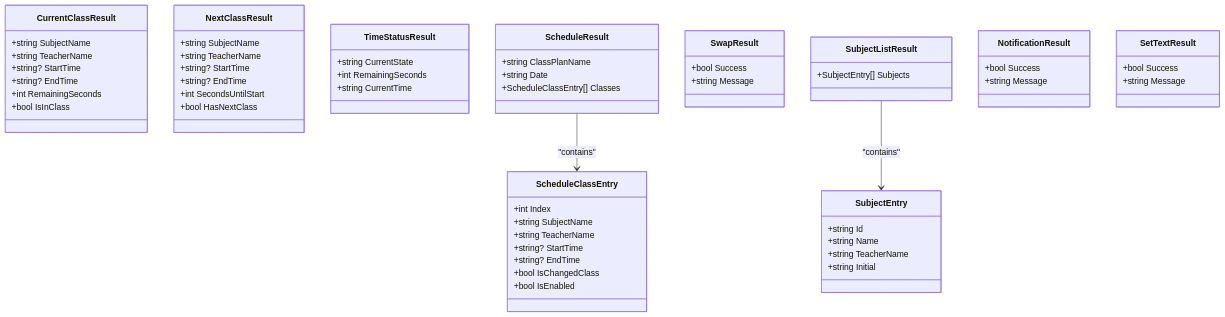
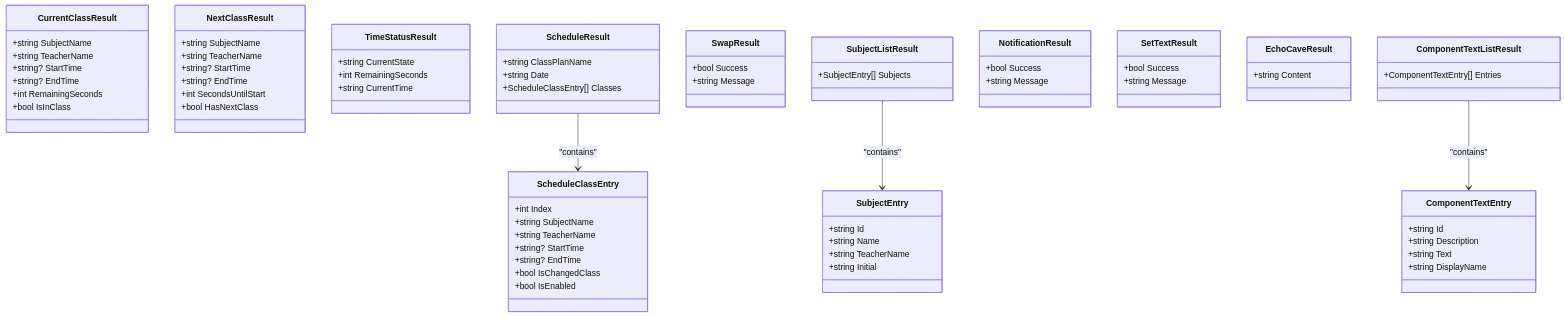
The third of 4 diagrams in .qoder/repowiki/en/content/API Reference/MCP Tools API/MCP Tools API.md (ShihaoShenDev/AgentIsland), drawn with Mermaid before and after one commit. The commit also changed other lines of this file and 116 other files, not shown here.

````diff
--- a/.qoder/repowiki/en/content/API Reference/MCP Tools API/MCP Tools API.md
+++ b/.qoder/repowiki/en/content/API Reference/MCP Tools API/MCP Tools API.md
@@ -482,61 +700,74 @@
 ```mermaid
 classDiagram
 class CurrentClassResult {
 +string SubjectName
 +string TeacherName
 +string? StartTime
 +string? EndTime
 +int RemainingSeconds
 +bool IsInClass
 }
 class NextClassResult {
 +string SubjectName
 +string TeacherName
 +string? StartTime
 +string? EndTime
 +int SecondsUntilStart
 +bool HasNextClass
 }
 class TimeStatusResult {
 +string CurrentState
 +int RemainingSeconds
 +string CurrentTime
 }
 class ScheduleClassEntry {
 +int Index
 +string SubjectName
 +string TeacherName
 +string? StartTime
 +string? EndTime
 +bool IsChangedClass
 +bool IsEnabled
 }
 class ScheduleResult {
 +string ClassPlanName
 +string Date
 +ScheduleClassEntry[] Classes
 }
 class SwapResult {
 +bool Success
 +string Message
 }
 class SubjectEntry {
 +string Id
 +string Name
 +string TeacherName
 +string Initial
 }
 class SubjectListResult {
 +SubjectEntry[] Subjects
 }
 class NotificationResult {
 +bool Success
 +string Message
 }
 class SetTextResult {
 +bool Success
 +string Message
 }
+class EchoCaveResult {
++string Content
+}
+class ComponentTextListResult {
++ComponentTextEntry[] Entries
+}
+class ComponentTextEntry {
++string Id
++string Description
++string Text
++string DisplayName
+}
 ScheduleResult --> ScheduleClassEntry : "contains"
 SubjectListResult --> SubjectEntry : "contains"
+ComponentTextListResult --> ComponentTextEntry : "contains"
 ```
````
